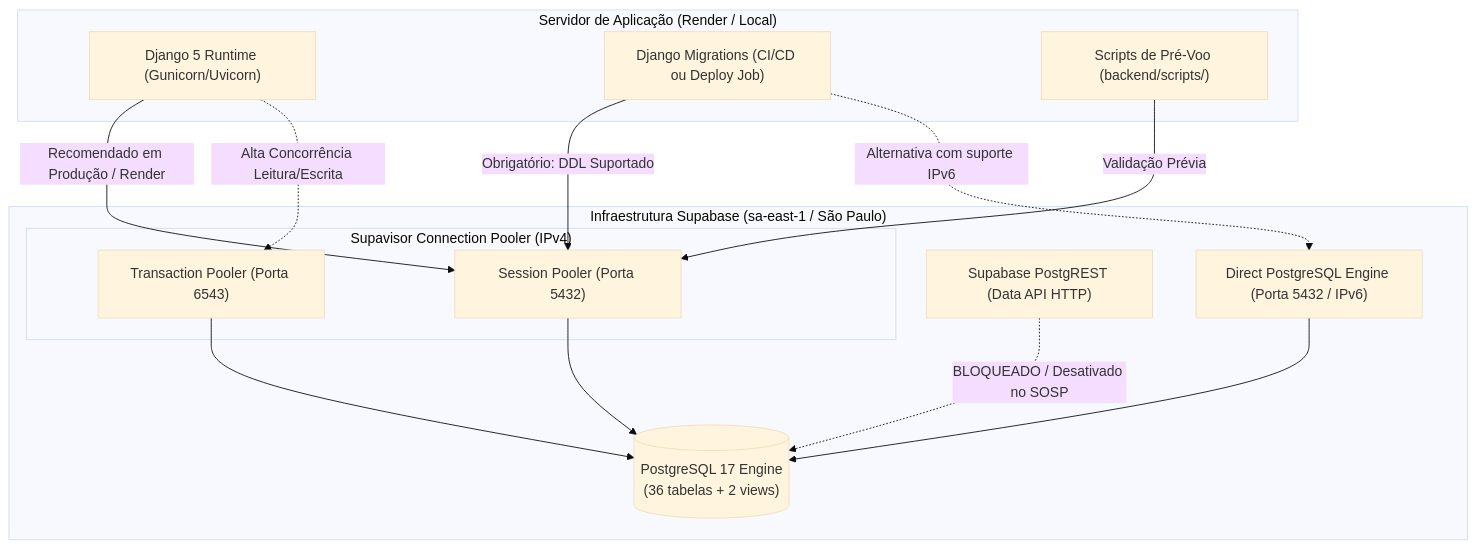
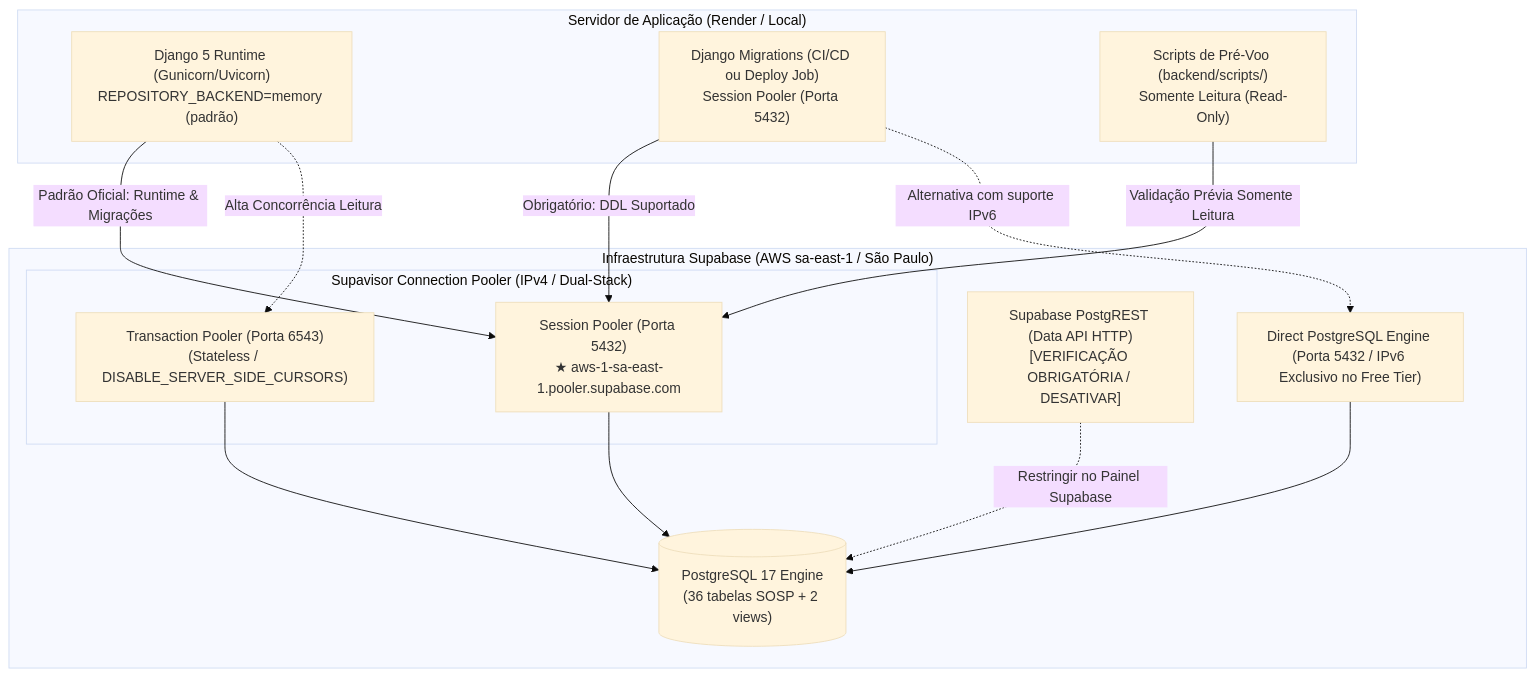
The diagram in docs/database/supabase-connection-runbook.md (euoluizg/SOSP), drawn with Mermaid (base theme) before and after one commit. The commit also changed other lines of this file and 8 other files, not shown here.

Commit message:
fix(backend): aprimora configuracoes de banco preflight e runbook para supabase free

````diff
--- a/docs/database/supabase-connection-runbook.md
+++ b/docs/database/supabase-connection-runbook.md
@@ -16,30 +28,30 @@
 ```mermaid
 flowchart TD
     subgraph AppServer["Servidor de Aplicação (Render / Local)"]
-        DjangoApp["Django 5 Runtime (Gunicorn/Uvicorn)"]
-        DjangoMigrate["Django Migrations (CI/CD ou Deploy Job)"]
-        DiagScripts["Scripts de Pré-Voo (backend/scripts/)"]
+        DjangoApp["Django 5 Runtime (Gunicorn/Uvicorn)\nREPOSITORY_BACKEND=memory (padrão)"]
+        DjangoMigrate["Django Migrations (CI/CD ou Deploy Job)\nSession Pooler (Porta 5432)"]
+        DiagScripts["Scripts de Pré-Voo (backend/scripts/)\nSomente Leitura (Read-Only)"]
     end
 
-    subgraph SupabaseInfra["Infraestrutura Supabase (sa-east-1 / São Paulo)"]
-        subgraph Supavisor["Supavisor Connection Pooler (IPv4)"]
-            SessionPooler["Session Pooler (Porta 5432)"]
-            TxPooler["Transaction Pooler (Porta 6543)"]
+    subgraph SupabaseInfra["Infraestrutura Supabase (AWS sa-east-1 / São Paulo)"]
+        subgraph Supavisor["Supavisor Connection Pooler (IPv4 / Dual-Stack)"]
+            SessionPooler["Session Pooler (Porta 5432)\n★ aws-1-sa-east-1.pooler.supabase.com"]
+            TxPooler["Transaction Pooler (Porta 6543)\n(Stateless / DISABLE_SERVER_SIDE_CURSORS)"]
         end
-        DirectConn["Direct PostgreSQL Engine (Porta 5432 / IPv6)"]
-        PostgresDB[("PostgreSQL 17 Engine\n(36 tabelas + 2 views)")]
-        DataAPI["Supabase PostgREST (Data API HTTP)"]
+        DirectConn["Direct PostgreSQL Engine (Porta 5432 / IPv6 Exclusivo no Free Tier)"]
+        PostgresDB[("PostgreSQL 17 Engine\n(36 tabelas SOSP + 2 views)")]
+        DataAPI["Supabase PostgREST (Data API HTTP)\n[VERIFICAÇÃO OBRIGATÓRIA / DESATIVAR]"]
     end
 
-    DjangoApp -->|Recomendado em Produção / Render| SessionPooler
-    DjangoApp -.->|Alta Concorrência Leitura/Escrita| TxPooler
+    DjangoApp -->|Padrão Oficial: Runtime & Migrações| SessionPooler
+    DjangoApp -.->|Alta Concorrência Leitura| TxPooler
     DjangoMigrate -->|Obrigatório: DDL Suportado| SessionPooler
     DjangoMigrate -.->|Alternativa com suporte IPv6| DirectConn
-    DiagScripts -->|Validação Prévia| SessionPooler
+    DiagScripts -->|Validação Prévia Somente Leitura| SessionPooler
 
     SessionPooler --> PostgresDB
     TxPooler --> PostgresDB
     DirectConn --> PostgresDB
 
-    DataAPI -.->|BLOQUEADO / Desativado no SOSP| PostgresDB
+    DataAPI -.->|Restringir no Painel Supabase| PostgresDB
 ```
````
